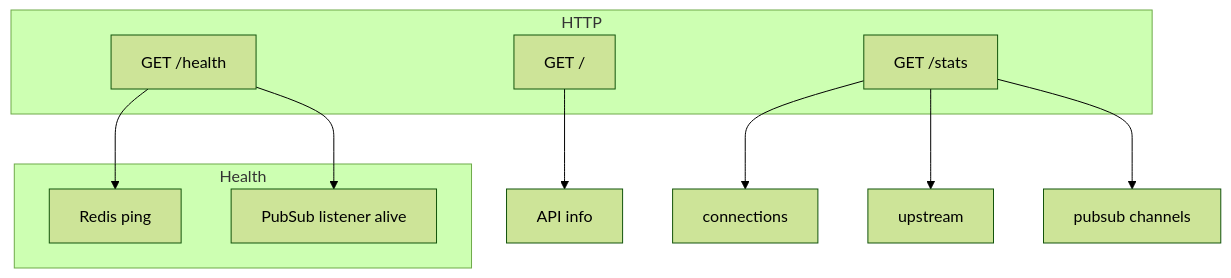
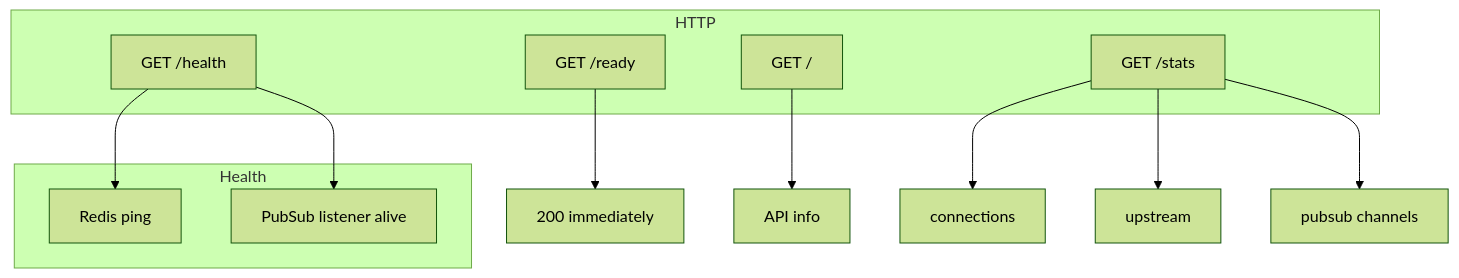
One commit to DecentralizedJM/mudrex-proxy-server-websocket changed the fourth of 5 diagrams in README.md. Above: the diagram before and after it, drawn with Mermaid (forest theme). The commit also changed other lines of this file and 1 other file, not shown here.

````diff
--- a/README.md
+++ b/README.md
@@ -135,18 +137,20 @@
 ```mermaid
 flowchart TD
     subgraph endpoints [HTTP]
         Root["GET /"]
+        Ready["GET /ready"]
         Health["GET /health"]
         Stats["GET /stats"]
     end
     subgraph health_checks [Health]
         RedisCheck[Redis ping]
         ListenerCheck[PubSub listener alive]
     end
+    Ready --> Instant[200 immediately]
     Health --> RedisCheck
     Health --> ListenerCheck
     Root --> Info[API info]
     Stats --> Conn[connections]
     Stats --> Upstream[upstream]
     Stats --> PubSubStats[pubsub channels]
 ```
````
